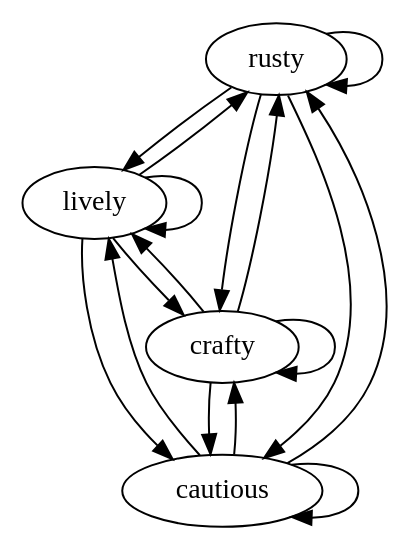
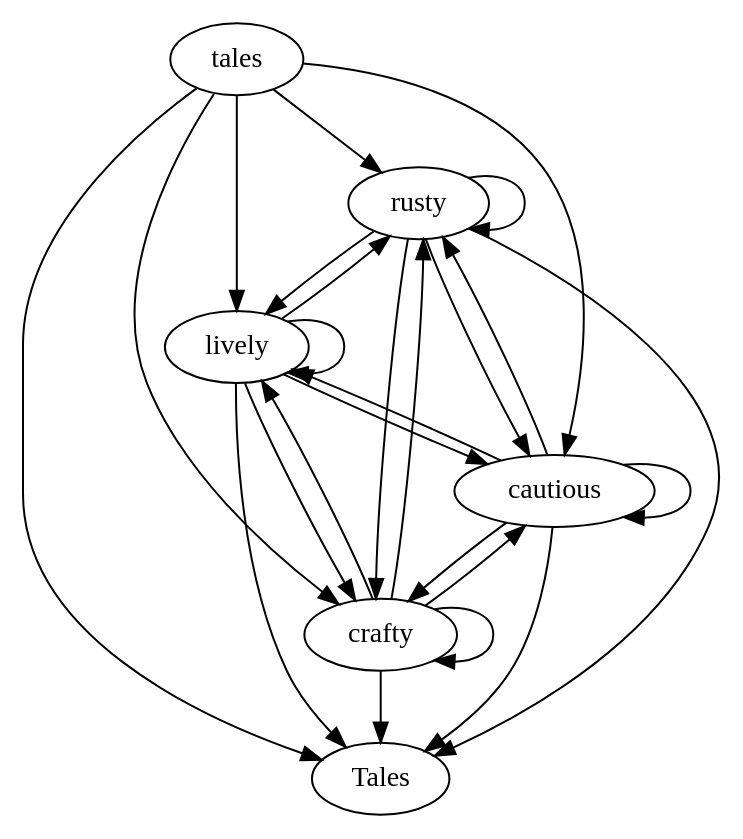
The diagram in src/logos/panchalogo.gv (mskmoorthy/PancaTantra-Graph), drawn with Graphviz before and after one commit.

```diff
--- a/src/logos/panchalogo.gv
+++ b/src/logos/panchalogo.gv
@@ -1,3 +1,3 @@
 digraph P  {
-     {rusty, lively, cautious, crafty}->{rusty, lively, cautious, crafty}
+     {tales, rusty, lively, cautious, crafty}->{Tales, rusty, lively, cautious, crafty}
 }
```
